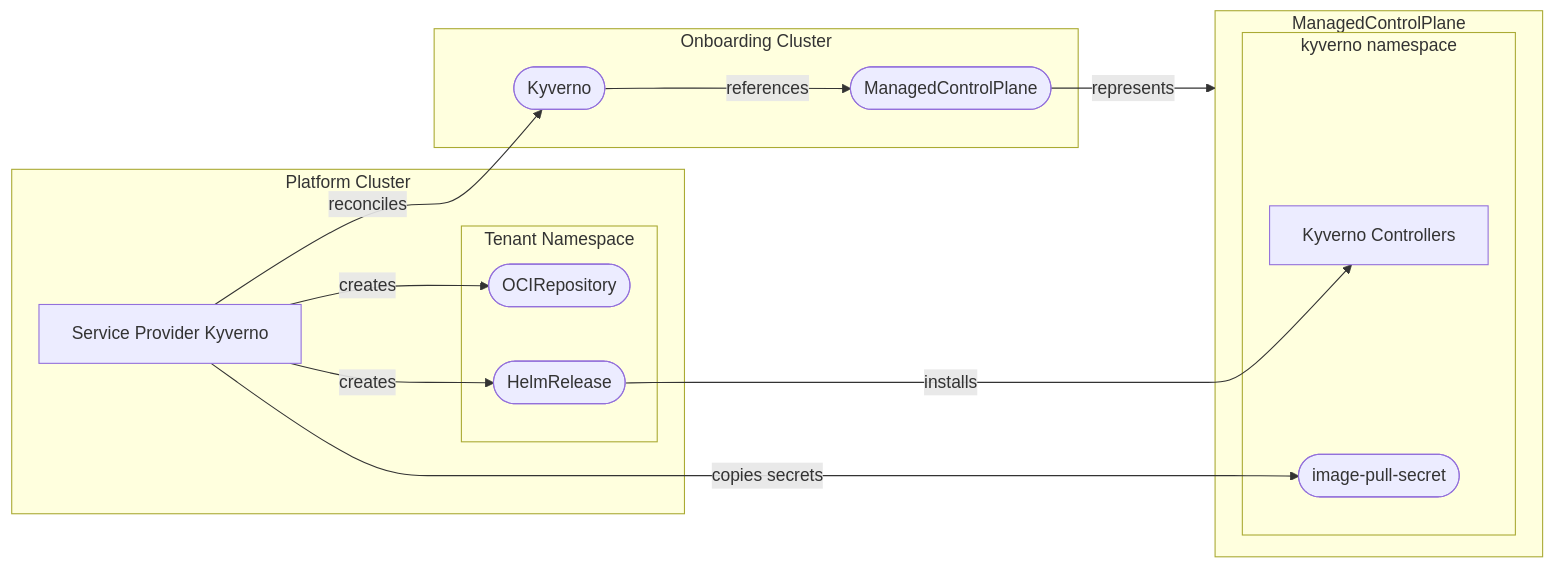
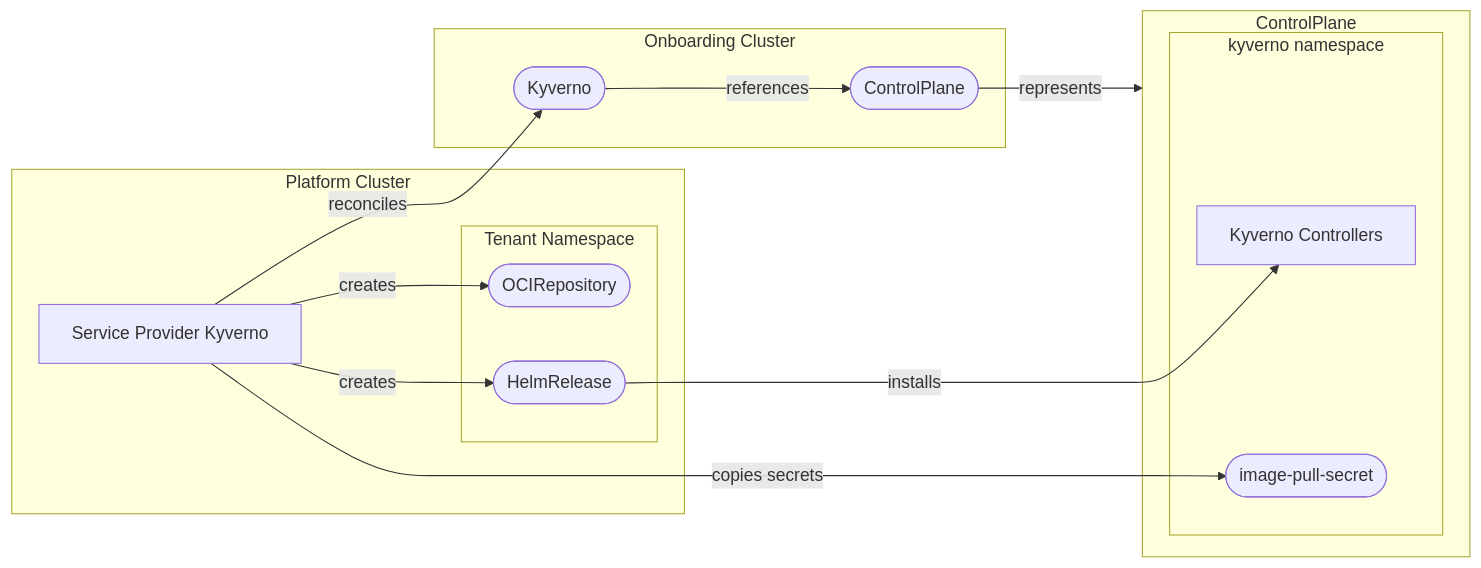
One commit to openmcp-project/service-provider-kyverno changed the diagram in README.md. Above: the diagram before and after it, drawn with Mermaid. The commit also changed other lines of this file, not shown here.

````diff
--- a/README.md
+++ b/README.md
@@ -18,32 +17,32 @@
 ```mermaid
 flowchart LR
 
   subgraph PC[Platform Cluster]
     spkyverno[Service Provider Kyverno]
     subgraph TN[Tenant Namespace]
       ocirepo([OCIRepository])
       helmrel([HelmRelease])
     end
   end
 
   subgraph OC[Onboarding Cluster]
     kyvernoapi([Kyverno])
-    mcpapi([ManagedControlPlane])
+    mcpapi([ControlPlane])
 
     kyvernoapi -- references --> mcpapi
   end
 
-  subgraph mcp[ManagedControlPlane]
+  subgraph mcp[ControlPlane]
     subgraph KS[kyverno namespace]
       kyvernoctrl[Kyverno Controllers]
       pullsecret([image-pull-secret])
     end
   end
 
   spkyverno -- reconciles --> kyvernoapi
   spkyverno -- creates --> ocirepo
   spkyverno -- creates --> helmrel
   helmrel -- installs --> kyvernoctrl
   spkyverno -- copies secrets --> pullsecret
   mcpapi -- represents --> mcp
 ```
````
